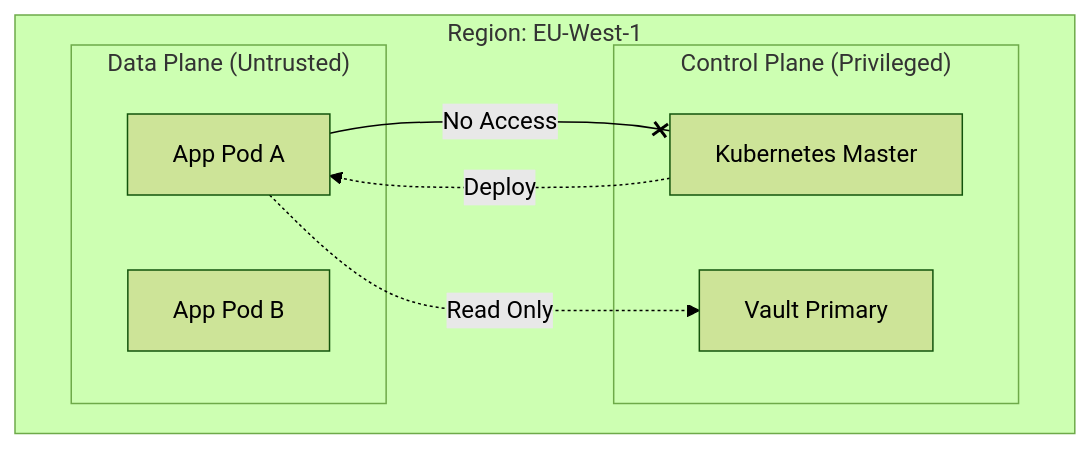
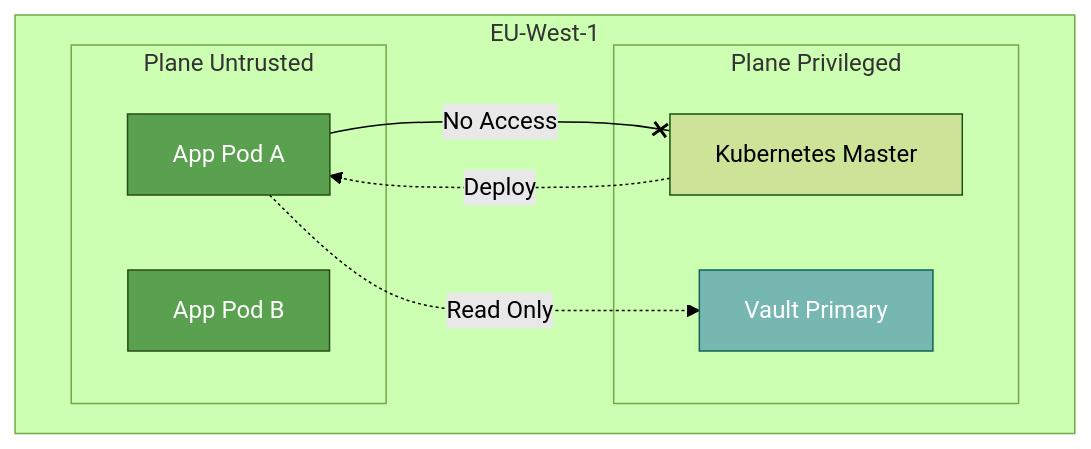
The fifth of 8 diagrams in src/app/[locale]/research/papers/scholarly-article/SCHOLARLY-ARTICLE-ENTERPRISE-ARCHITECTURE.md (gchaitanyabharath9/omnigcloud), drawn with Mermaid (forest theme) before and after one commit. The commit also changed other lines of this file and 40 other files, not shown here.

````diff
--- a/src/app/[locale]/research/papers/scholarly-article/SCHOLARLY-ARTICLE-ENTERPRISE-ARCHITECTURE.md
+++ b/src/app/[locale]/research/papers/scholarly-article/SCHOLARLY-ARTICLE-ENTERPRISE-ARCHITECTURE.md
@@ -328,18 +363,26 @@
 ```mermaid
 graph TD
-    subgraph RegionEU["Region: EU-West-1"]
-        subgraph "Control Plane (Privileged)"
-            K8s[Kubernetes Master]
-            Vault[Vault Primary]
-        end
-        
-        subgraph "Data Plane (Untrusted)"
-            PodA[App Pod A]
-            PodB[App Pod B]
-        end
-        
-        K8s -.->|Deploy| PodA
-        PodA -.->|Read Only| Vault
-        PodA --x|No Access| K8s
+    classDef Control fill:#4E79A7,stroke:#2C3E50,color:#fff;
+    classDef Data fill:#59A14F,stroke:#274E13,color:#fff;
+    classDef Policy fill:#9C6ADE,stroke:#4B0082,color:#fff;
+    classDef Obs fill:#F28E2B,stroke:#8B4513,color:#fff;
+    classDef Risk fill:#E15759,stroke:#7B241C,color:#fff;
+    classDef State fill:#76B7B2,stroke:#0E6251,color:#fff;
+    classDef Actor fill:#BAB0AC,stroke:#515A5A,color:#000;
+    subgraph RegionEURegion ["EU-West-1"]
+    subgraph Control ["Plane Privileged"]
+    K8s["Kubernetes Master"]
+    Vault["Vault Primary"]
     end
+    subgraph Data ["Plane Untrusted"]
+    PodA["App Pod A"]
+    PodB["App Pod B"]
+    end
+    K8s -.->|Deploy| PodA
+    PodA -.->|Read Only| Vault
+    PodA --x|No Access| K8s
+    end
+    class Vault State;
+    class PodA Data;
+    class PodB Data;
 ```
````
